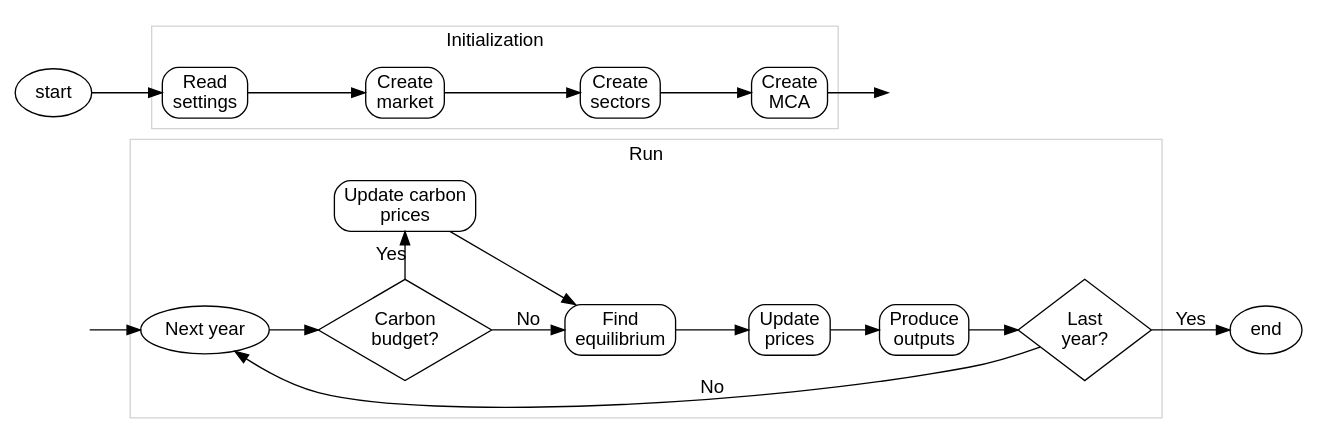
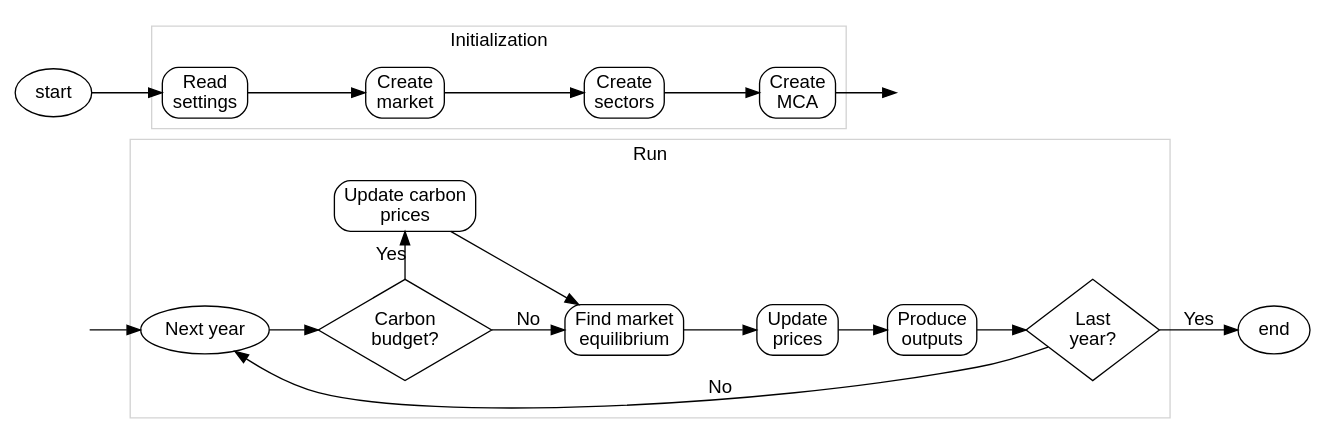
Before and after one commit to EnergySystemsModellingLab/MUSE_OS: the first of 8 diagrams in docs/application-flow.rst, drawn with Graphviz. The commit also changed other lines of this file, not shown here.

Commit message:
Add find market equilibrium chart

```diff
--- a/docs/application-flow.rst
+++ b/docs/application-flow.rst
@@ -11,51 +11,51 @@
 .. graphviz::
     :align: center
     :alt: High level sequence of steps in a MUSE simulation
 
     digraph top_level {
             fontname="Helvetica,Arial,sans-serif"
             node [fontname="Helvetica,Arial,sans-serif", shape=box, style=rounded]
             edge [fontname="Helvetica,Arial,sans-serif"]
             rankdir=LR
             clusterrank=local
             newrank=true
 
             {node [shape=""]; start; end;}
             settings [label="Read\nsettings"]
             market [label="Create\nmarket"]
             sectors [label="Create\nsectors"]
             mca [label="Create\nMCA"]
             run [label="Last\nyear?", shape=diamond, style=""]
-            equilibrium [label="Find\nequilibrium"]
+            equilibrium [label="Find market\nequilibrium"]
             propagate [label="Update\nprices"]
             outputs [label="Produce\noutputs"]
             check_c [label="Carbon\nbudget?", shape=diamond, style=""]
             c_prices [label="Update carbon\nprices"]
             next_year [label="Next year", shape=""]
             {node [style="invis"]; int1; int2;}
 
 
             subgraph cluster_1 {
                 settings -> market -> sectors -> mca
                 label="Initialization"
                 color=lightgrey
             }
 
             subgraph cluster_2 {
                 next_year -> check_c
                 check_c -> equilibrium [label="No"]
                 check_c -> c_prices [label="Yes", constraint=false]
                 c_prices -> equilibrium [constraint=false]
                 equilibrium -> propagate -> outputs -> run
                 run -> next_year [label="No", constraint=false]
                 label="Run"
                 color=lightgrey
                 {rank=same; check_c; c_prices}
             }
 
             start -> settings
             mca -> int1
             int2 -> next_year
             run -> end [label="Yes"]
             start -> int2 [style="invis", constraint=false]
         }
```
